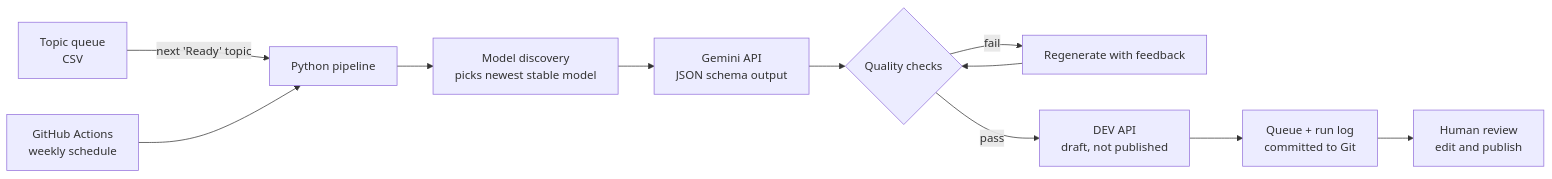
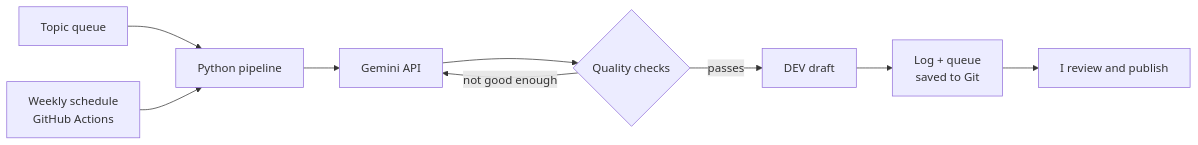
The diagram in README.md (rafiasimran/blog-automation-pipeline-showcase), drawn with Mermaid before and after one commit. The commit also changed other lines of this file, not shown here.

````diff
--- a/README.md
+++ b/README.md
@@ -21,13 +11,11 @@
 ```mermaid
 flowchart LR
-    A[Topic queue<br/>CSV] -->|next 'Ready' topic| B[Python pipeline]
-    S[GitHub Actions<br/>weekly schedule] --> B
-    B --> M[Model discovery<br/>picks newest stable model]
-    M --> C[Gemini API<br/>JSON schema output]
+    A[Topic queue] --> B[Python pipeline]
+    S[Weekly schedule<br/>GitHub Actions] --> B
+    B --> C[Gemini API]
     C --> D{Quality checks}
-    D -->|fail| R[Regenerate with feedback]
-    R --> D
-    D -->|pass| E[DEV API<br/>draft, not published]
-    E --> F[Queue + run log<br/>committed to Git]
-    F --> H[Human review<br/>edit and publish]
+    D -->|not good enough| C
+    D -->|passes| E[DEV draft]
+    E --> F[Log + queue<br/>saved to Git]
+    F --> H[I review and publish]
 ```
````
